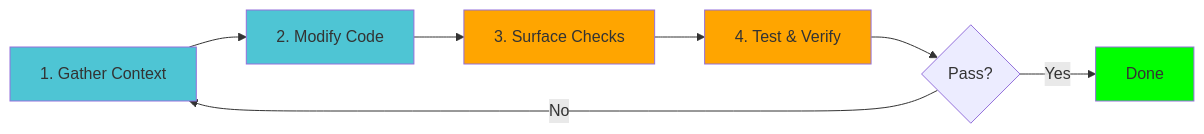
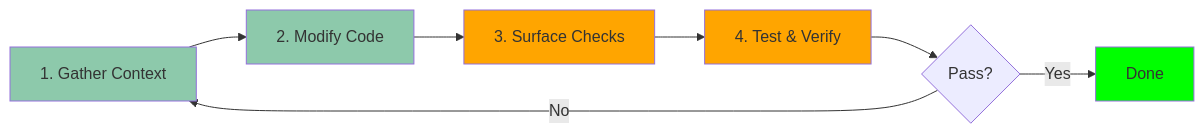
One commit to frichard35/claude-code-presentation changed the diagram in slides.md. Above: the diagram before and after it, drawn with Mermaid. The commit also changed other lines of this file and 2 other files, not shown here.

````diff
--- a/slides.md
+++ b/slides.md
@@ -406,15 +513,15 @@
 ```mermaid
 graph LR
     A[1. Gather Context] --> B[2. Modify Code]
     B --> C[3. Surface Checks]
     C --> D[4. Test & Verify]
     D --> E{Pass?}
     E -->|No| A
     E -->|Yes| F[Done]
 
-    style A fill:#4EC5D4
-    style B fill:#4EC5D4
+    style A fill:#8dc9ab
+    style B fill:#8dc9ab
     style C fill:#FFA500
     style D fill:#FFA500
     style F fill:#00FF00
 ```
````
